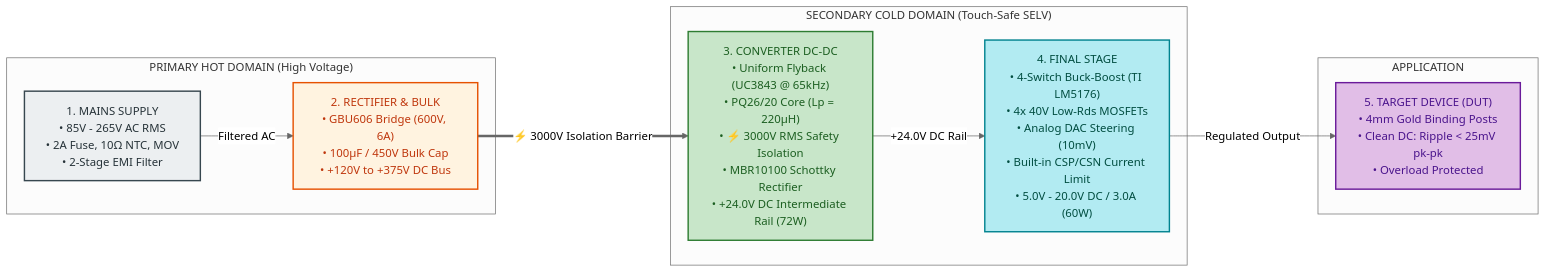
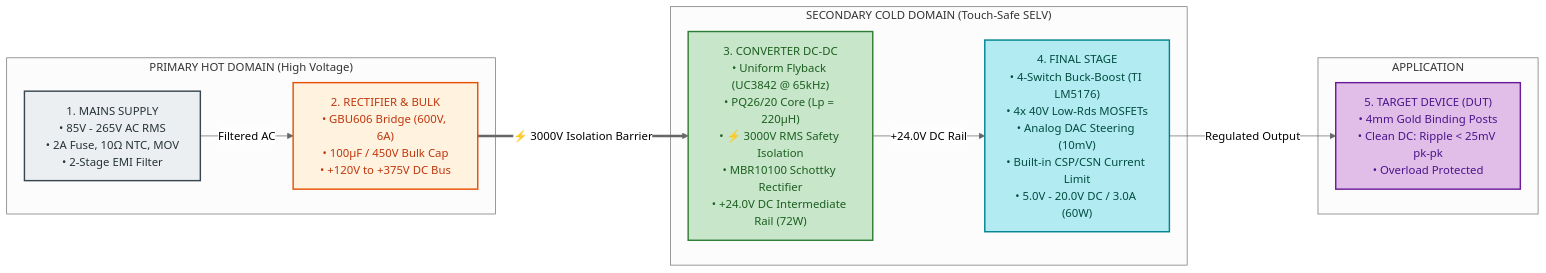
The diagram in smart_programmable_power_supply/README.md (tthongs/av_iv), drawn with Mermaid (neutral theme) before and after one commit. The commit also changed other lines of this file and 65 other files, not shown here.

````diff
--- a/smart_programmable_power_supply/README.md
+++ b/smart_programmable_power_supply/README.md
@@ -58,28 +58,28 @@
 ```mermaid
 flowchart LR
     %% Domain Styles
     classDef acStyle fill:#ECEFF1,stroke:#37474F,stroke-width:2px,color:#263238
     classDef rectStyle fill:#FFF3E0,stroke:#E65100,stroke-width:2px,color:#BF360C
     classDef isoStyle fill:#C8E6C9,stroke:#2E7D32,stroke-width:2px,color:#1B5E20
     classDef bbStyle fill:#B2EBF2,stroke:#00838F,stroke-width:2px,color:#004D40
     classDef dutStyle fill:#E1BEE7,stroke:#6A1B9A,stroke-width:2px,color:#4A148C
 
     subgraph HOT_DOMAIN ["PRIMARY HOT DOMAIN (High Voltage)"]
         S1["1. MAINS SUPPLY<br/>• 85V - 265V AC RMS<br/>• 2A Fuse, 10Ω NTC, MOV<br/>• 2-Stage EMI Filter"]:::acStyle
         S2["2. RECTIFIER & BULK<br/>• GBU606 Bridge (600V, 6A)<br/>• 100µF / 450V Bulk Cap<br/>• +120V to +375V DC Bus"]:::rectStyle
         S1 -->|"Filtered AC"| S2
     end
 
     subgraph COLD_DOMAIN ["SECONDARY COLD DOMAIN (Touch-Safe SELV)"]
-        S3["3. CONVERTER DC-DC<br/>• Uniform Flyback (UC3843 @ 65kHz)<br/>• PQ26/20 Core (Lp = 220µH)<br/>• ⚡ 3000V RMS Safety Isolation<br/>• MBR10100 Schottky Rectifier<br/>• +24.0V DC Intermediate Rail (72W)"]:::isoStyle
+        S3["3. CONVERTER DC-DC<br/>• Uniform Flyback (UC3842 @ 65kHz)<br/>• PQ26/20 Core (Lp = 220µH)<br/>• ⚡ 3000V RMS Safety Isolation<br/>• MBR10100 Schottky Rectifier<br/>• +24.0V DC Intermediate Rail (72W)"]:::isoStyle
         S4["4. FINAL STAGE<br/>• 4-Switch Buck-Boost (TI LM5176)<br/>• 4x 40V Low-Rds MOSFETs<br/>• Analog DAC Steering (10mV)<br/>• Built-in CSP/CSN Current Limit<br/>• 5.0V - 20.0V DC / 3.0A (60W)"]:::bbStyle
         S3 -->|"+24.0V DC Rail"| S4
     end
 
     subgraph LOAD_DOMAIN ["APPLICATION"]
         S5["5. TARGET DEVICE (DUT)<br/>• 4mm Gold Binding Posts<br/>• Clean DC: Ripple < 25mV pk-pk<br/>• Overload Protected"]:::dutStyle
     end
 
     S2 ==>|"⚡ 3000V Isolation Barrier"| S3
     S4 -->|"Regulated Output"| S5
 ```
````
